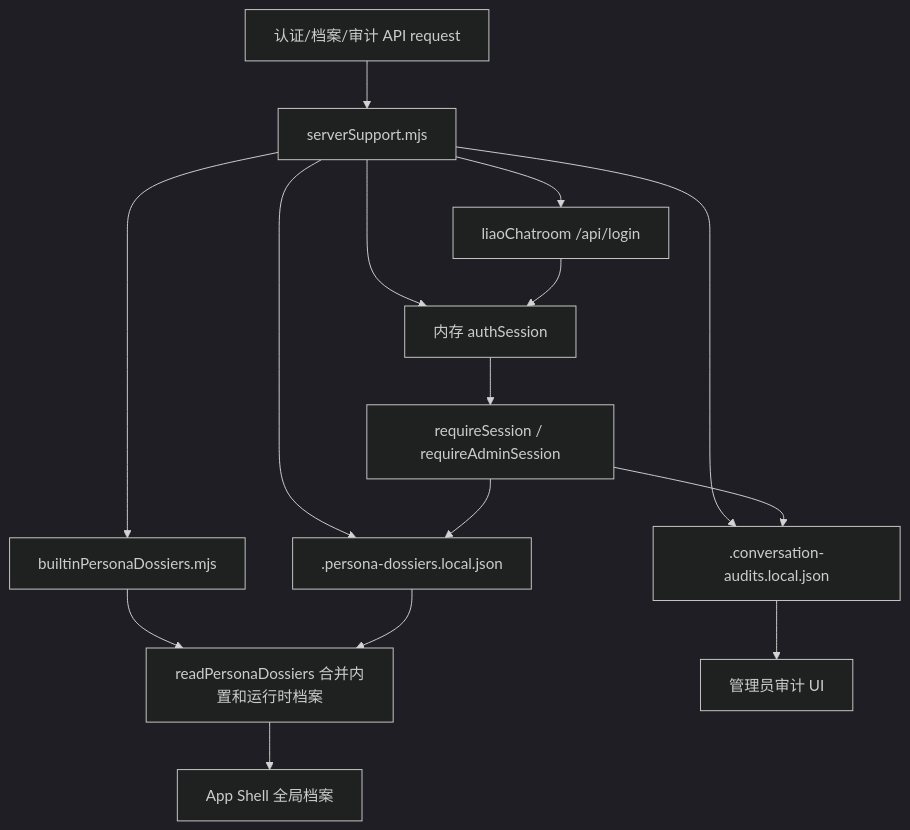
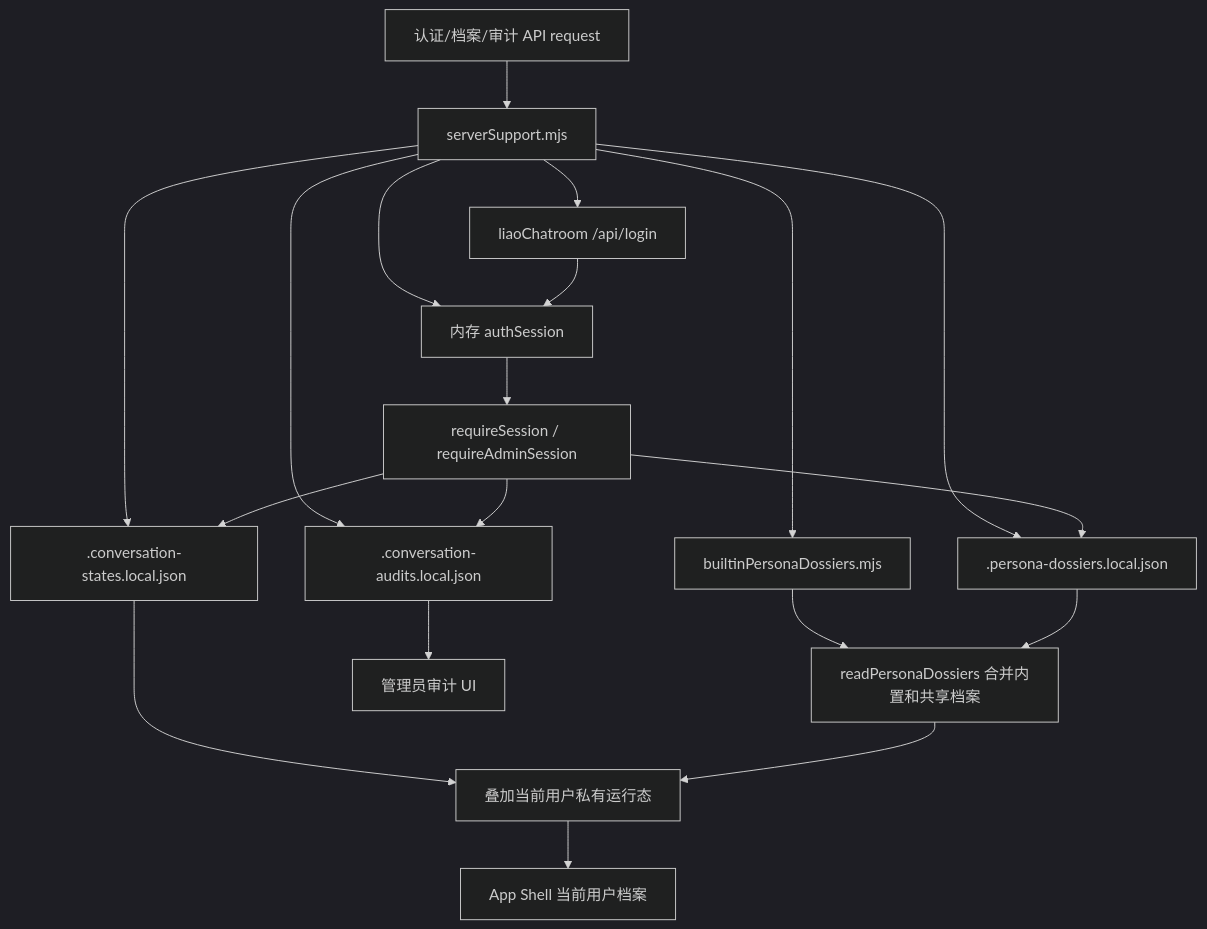
Before and after one commit to ttmanthatman/virtual-human-flow: diagram 27 of 31 in docs/SYSTEM_FLOW.md, drawn with Mermaid (dark theme). The commit also changed other lines of this file and 11 other files, not shown here.

````diff
--- a/docs/SYSTEM_FLOW.md
+++ b/docs/SYSTEM_FLOW.md
@@ -609,17 +611,21 @@
 ```mermaid
 flowchart TD
     REQ["认证/档案/审计 API request"] --> SUPPORT["serverSupport.mjs"]
     SUPPORT --> LIAO["liaoChatroom /api/login"]
     SUPPORT --> SESS["内存 authSession"]
     SUPPORT --> BUILTIN["builtinPersonaDossiers.mjs"]
     SUPPORT --> DOS[".persona-dossiers.local.json"]
+    SUPPORT --> USTATE[".conversation-states.local.json"]
     SUPPORT --> AUD[".conversation-audits.local.json"]
     LIAO --> SESS
     SESS --> PERM["requireSession / requireAdminSession"]
-    BUILTIN --> MERGE["readPersonaDossiers 合并内置和运行时档案"]
+    BUILTIN --> MERGE["readPersonaDossiers 合并内置和共享档案"]
+    USTATE --> OVERLAY["叠加当前用户私有运行态"]
     PERM --> DOS
+    PERM --> USTATE
     PERM --> AUD
     DOS --> MERGE
-    MERGE --> APP["App Shell 全局档案"]
+    MERGE --> OVERLAY
+    OVERLAY --> APP["App Shell 当前用户档案"]
     AUD --> ADMINUI["管理员审计 UI"]
 ```
````
